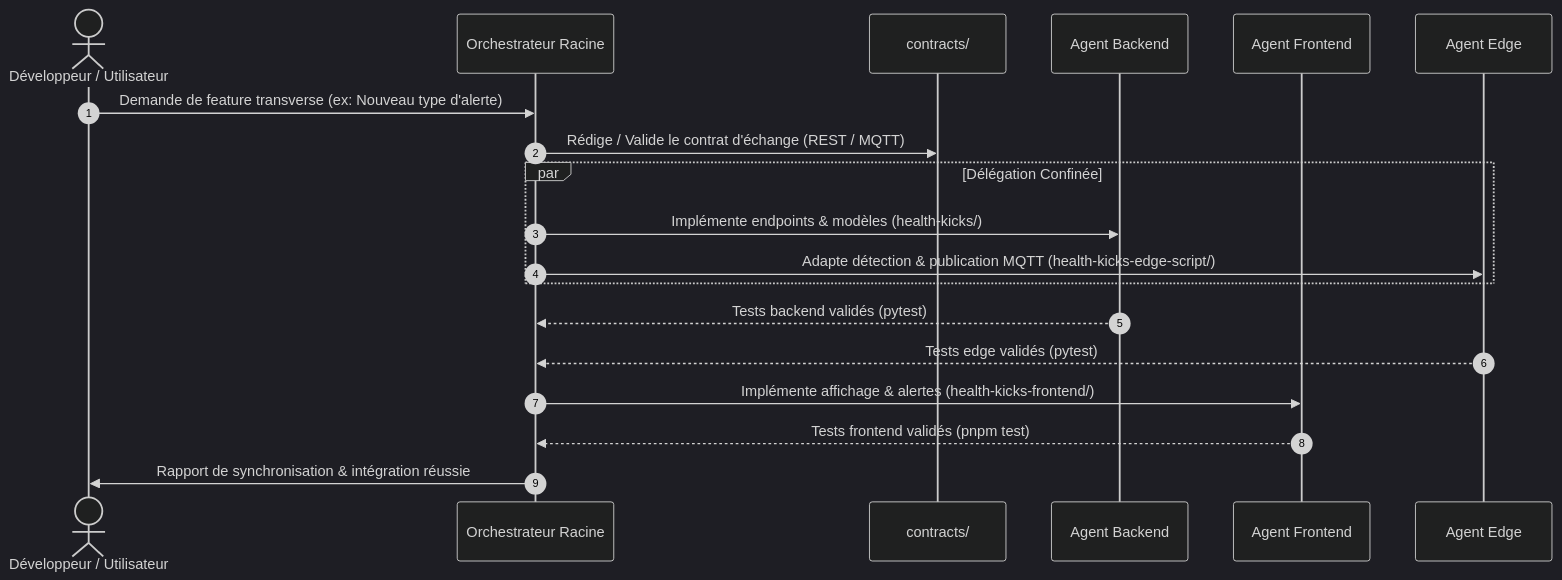
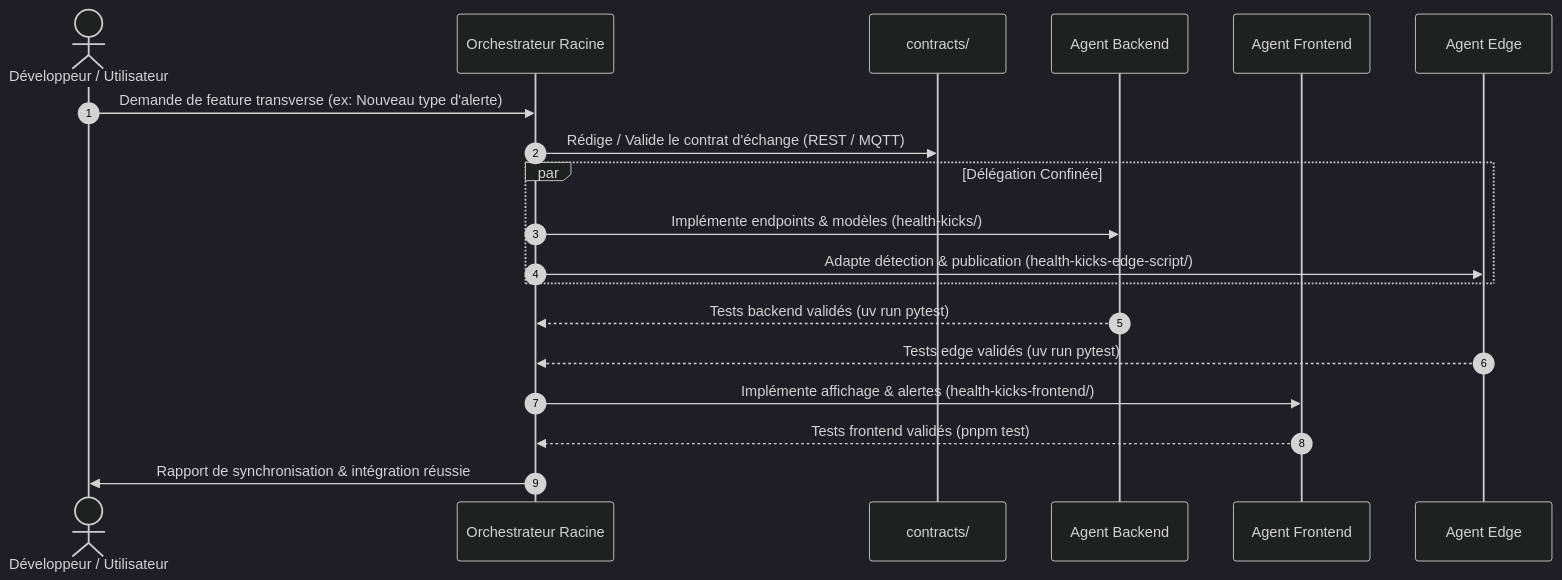
The diagram in .agents/AGENTS.md (daverck/health-kicks-ecosystem), drawn with Mermaid (dark theme) before and after one commit. The commit also changed other lines of this file and 9 other files, not shown here.

Commit message:
feat(agents): align multi-agent governance and dual-format configuration for backend, frontend, and edge

````diff
--- a/.agents/AGENTS.md
+++ b/.agents/AGENTS.md
@@ -91,22 +87,22 @@
 ```mermaid
 sequenceDiagram
     autonumber
     actor User as Développeur / Utilisateur
     participant Orch as Orchestrateur Racine
     participant Contract as contracts/
     participant Backend as Agent Backend
     participant Frontend as Agent Frontend
     participant Edge as Agent Edge
 
     User->>Orch: Demande de feature transverse (ex: Nouveau type d'alerte)
     Orch->>Contract: Rédige / Valide le contrat d'échange (REST / MQTT)
     par Délégation Confinée
         Orch->>Backend: Implémente endpoints & modèles (health-kicks/)
-        Orch->>Edge: Adapte détection & publication MQTT (health-kicks-edge-script/)
+        Orch->>Edge: Adapte détection & publication (health-kicks-edge-script/)
     end
-    Backend-->>Orch: Tests backend validés (pytest)
-    Edge-->>Orch: Tests edge validés (pytest)
+    Backend-->>Orch: Tests backend validés (uv run pytest)
+    Edge-->>Orch: Tests edge validés (uv run pytest)
     Orch->>Frontend: Implémente affichage & alertes (health-kicks-frontend/)
     Frontend-->>Orch: Tests frontend validés (pnpm test)
     Orch->>User: Rapport de synchronisation & intégration réussie
 ```
````
